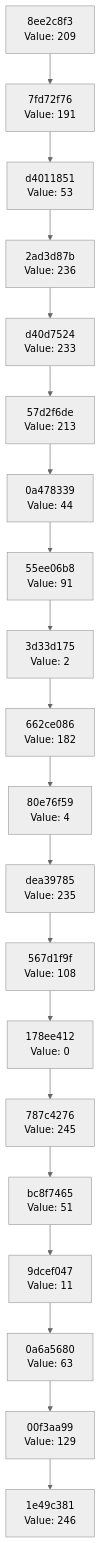
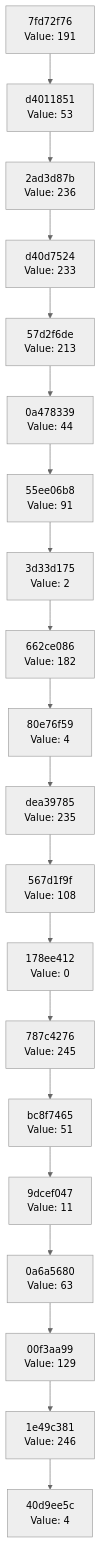
Before and after one commit to Abhisheksinha1506/hash-chain-evolver: the diagram in docs/CHAIN_VISUALIZATION.md, drawn with Mermaid (neutral theme). The commit also changed 2 other files, not shown here.

Commit message:
Evolution step: hash 0x04 → action executed

````diff
--- a/docs/CHAIN_VISUALIZATION.md
+++ b/docs/CHAIN_VISUALIZATION.md
@@ -3,42 +3,42 @@
 ```mermaid
 graph TD
-    C0["1e49c381<br/>Value: 246"]
-    C1["00f3aa99<br/>Value: 129"]
+    C0["40d9ee5c<br/>Value: 4"]
+    C1["1e49c381<br/>Value: 246"]
     C1 --> C0
-    C2["0a6a5680<br/>Value: 63"]
+    C2["00f3aa99<br/>Value: 129"]
     C2 --> C1
-    C3["9dcef047<br/>Value: 11"]
+    C3["0a6a5680<br/>Value: 63"]
     C3 --> C2
-    C4["bc8f7465<br/>Value: 51"]
+    C4["9dcef047<br/>Value: 11"]
     C4 --> C3
-    C5["787c4276<br/>Value: 245"]
+    C5["bc8f7465<br/>Value: 51"]
     C5 --> C4
-    C6["178ee412<br/>Value: 0"]
+    C6["787c4276<br/>Value: 245"]
     C6 --> C5
-    C7["567d1f9f<br/>Value: 108"]
+    C7["178ee412<br/>Value: 0"]
     C7 --> C6
-    C8["dea39785<br/>Value: 235"]
+    C8["567d1f9f<br/>Value: 108"]
     C8 --> C7
-    C9["80e76f59<br/>Value: 4"]
+    C9["dea39785<br/>Value: 235"]
     C9 --> C8
-    C10["662ce086<br/>Value: 182"]
+    C10["80e76f59<br/>Value: 4"]
     C10 --> C9
-    C11["3d33d175<br/>Value: 2"]
+    C11["662ce086<br/>Value: 182"]
     C11 --> C10
-    C12["55ee06b8<br/>Value: 91"]
+    C12["3d33d175<br/>Value: 2"]
     C12 --> C11
-    C13["0a478339<br/>Value: 44"]
+    C13["55ee06b8<br/>Value: 91"]
     C13 --> C12
-    C14["57d2f6de<br/>Value: 213"]
+    C14["0a478339<br/>Value: 44"]
     C14 --> C13
-    C15["d40d7524<br/>Value: 233"]
+    C15["57d2f6de<br/>Value: 213"]
     C15 --> C14
-    C16["2ad3d87b<br/>Value: 236"]
+    C16["d40d7524<br/>Value: 233"]
     C16 --> C15
-    C17["d4011851<br/>Value: 53"]
+    C17["2ad3d87b<br/>Value: 236"]
     C17 --> C16
-    C18["7fd72f76<br/>Value: 191"]
+    C18["d4011851<br/>Value: 53"]
     C18 --> C17
-    C19["8ee2c8f3<br/>Value: 209"]
+    C19["7fd72f76<br/>Value: 191"]
     C19 --> C18
 ```
````
